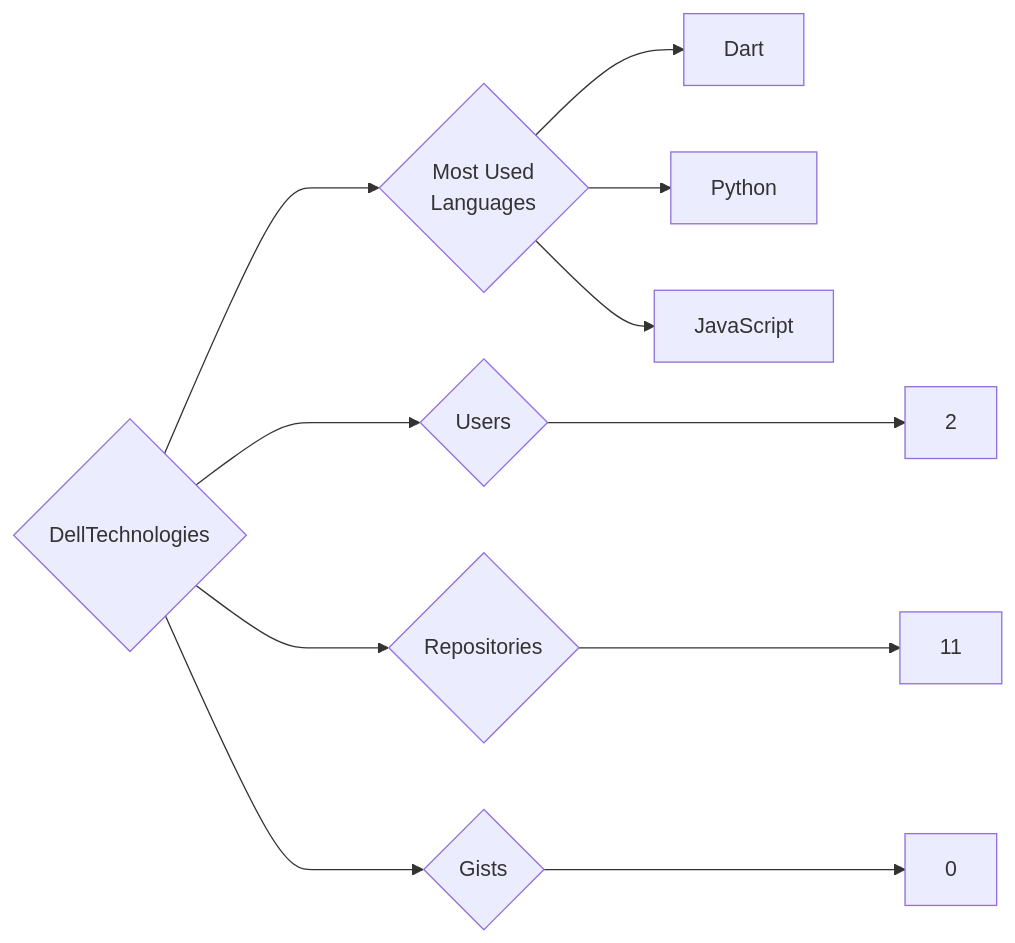
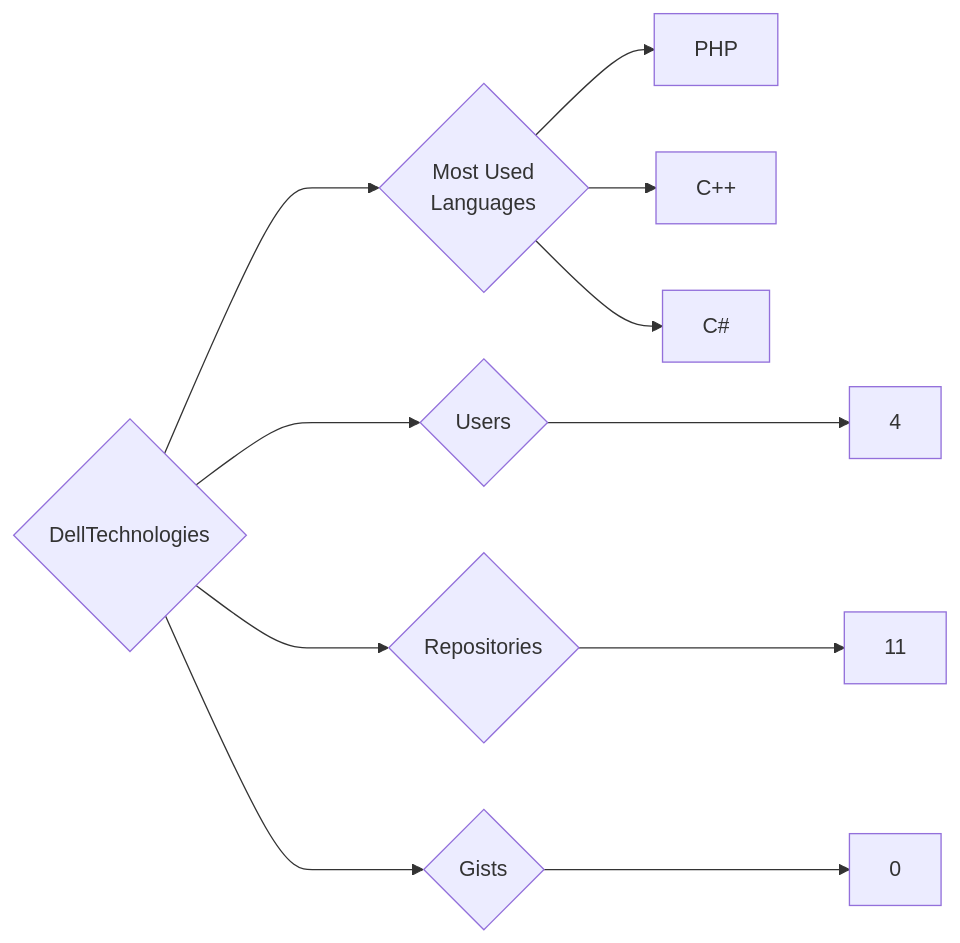
The diagram in targets/DellTechnologies/README.md (trickest/insiders), drawn with Mermaid before and after one commit. The commit also changed 815 other files, not shown here.

````diff
--- a/targets/DellTechnologies/README.md
+++ b/targets/DellTechnologies/README.md
@@ -3,11 +3,11 @@
 ```mermaid
 graph LR
 COMPANY_NAME{DellTechnologies}
-COMPANY_NAME ---> U{Users} ---> UN[2]
+COMPANY_NAME ---> U{Users} ---> UN[4]
 COMPANY_NAME ---> R{Repositories} ---> RN[11]
 COMPANY_NAME ---> G{Gists} ---> GN[0]
 COMPANY_NAME ---> ML{Most Used<br>Languages}
-ML --> Dart[Dart]
-ML --> Python[Python]
-ML --> JavaScript[JavaScript]
+ML --> PHP[PHP]
+ML --> C++[C++]
+ML --> C#[C#]
 ```
````
